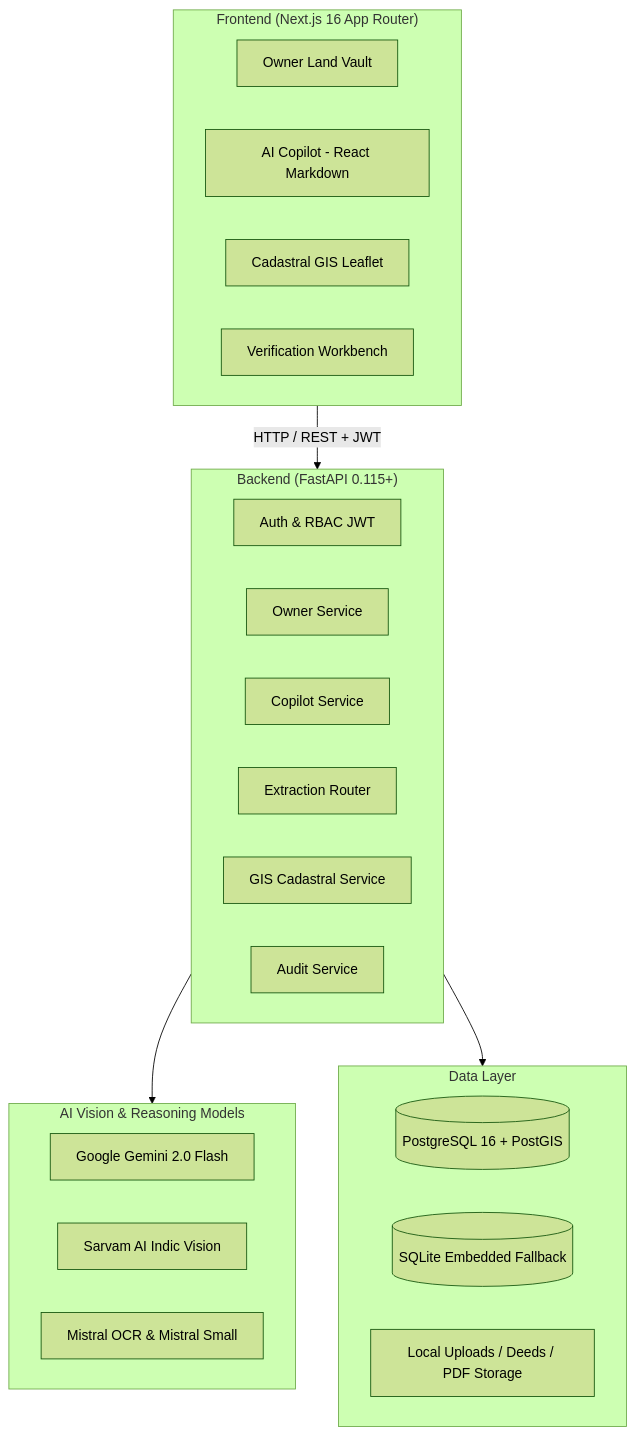
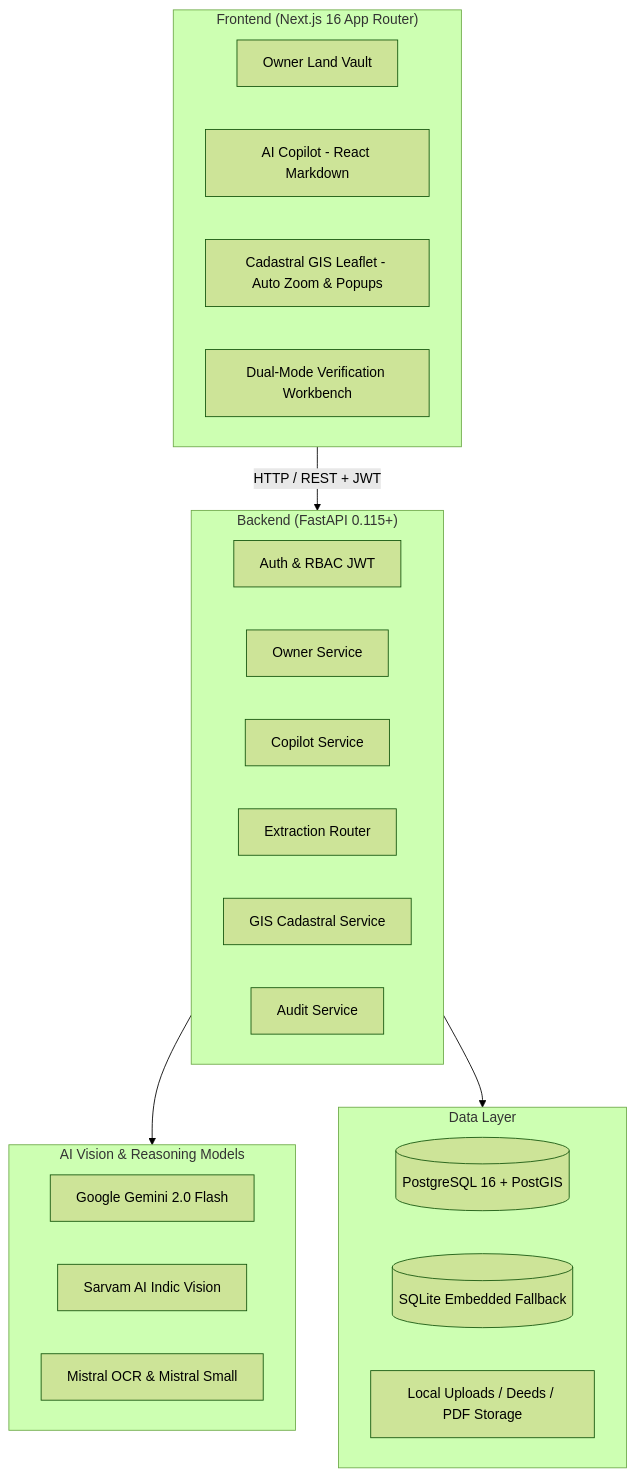
The second of 2 diagrams in README.md (Rakshi2609/indiii), drawn with Mermaid (forest theme) before and after one commit. The commit also changed other lines of this file and 16 other files, not shown here.

Commit message:
feat: complete owner portal security, interactive GIS auto-zoom/pagination, active learning workbench, and theme harmonization

````diff
--- a/README.md
+++ b/README.md
@@ -226,34 +235,34 @@
 ```mermaid
 graph TB
     subgraph Client ["Frontend (Next.js 16 App Router)"]
         A[Owner Land Vault]
         B[AI Copilot - React Markdown]
-        C[Cadastral GIS Leaflet]
-        D[Verification Workbench]
+        C[Cadastral GIS Leaflet - Auto Zoom & Popups]
+        D[Dual-Mode Verification Workbench]
     end
 
     subgraph API ["Backend (FastAPI 0.115+)"]
         E[Auth & RBAC JWT]
         F[Owner Service]
         G[Copilot Service]
         H[Extraction Router]
         I[GIS Cadastral Service]
         J[Audit Service]
     end
 
     subgraph AI ["AI Vision & Reasoning Models"]
         K[Google Gemini 2.0 Flash]
         L[Sarvam AI Indic Vision]
         M[Mistral OCR & Mistral Small]
     end
 
     subgraph Storage ["Data Layer"]
         N[(PostgreSQL 16 + PostGIS)]
         O[(SQLite Embedded Fallback)]
         P[Local Uploads / Deeds / PDF Storage]
     end
 
     Client -->|HTTP / REST + JWT| API
     API --> AI
     API --> Storage
 ```
````
